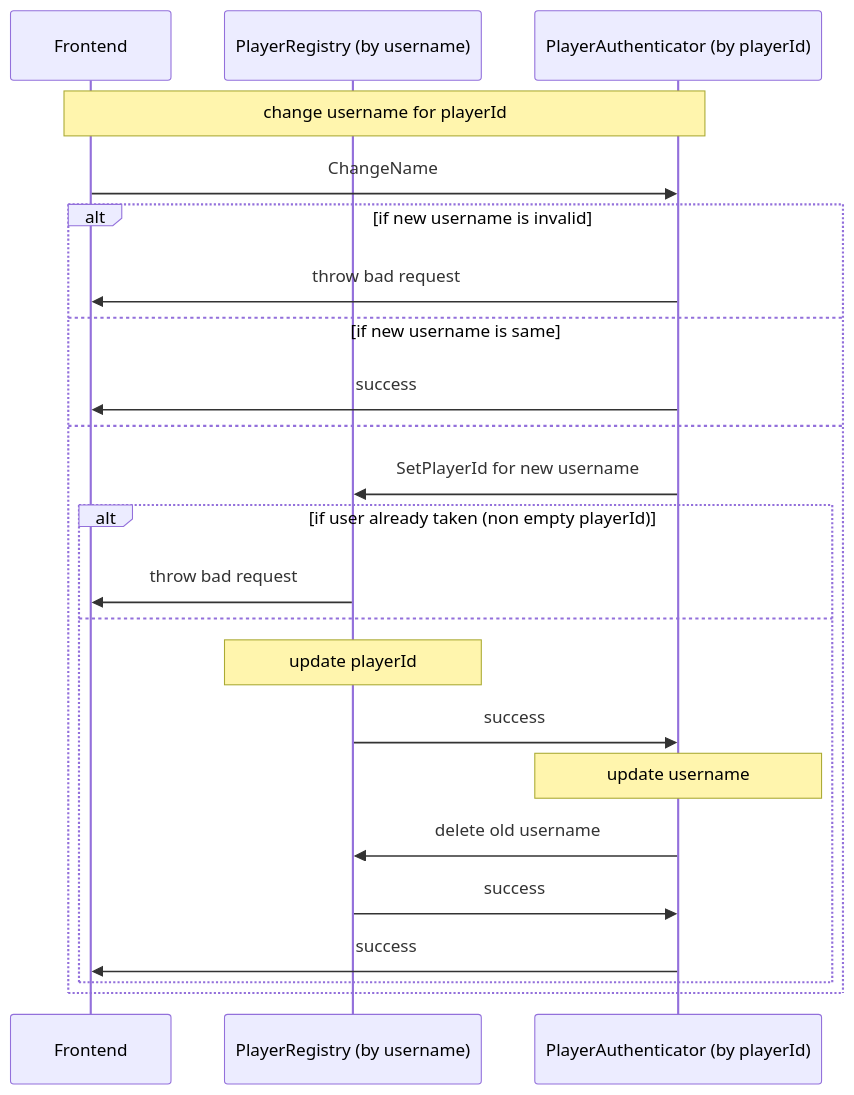
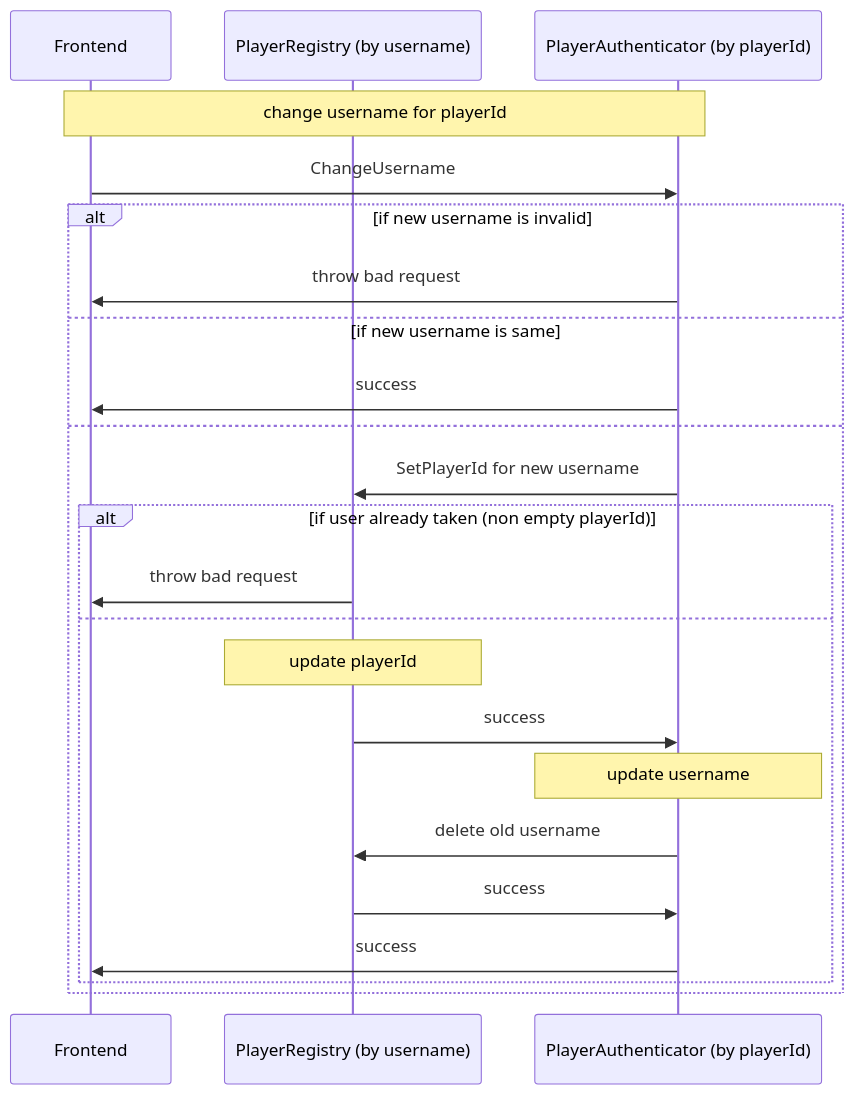
The diagram in orl/Actor.GameHub.Identity.Abstractions/doc/change-username.mmd (flensrocker/Actor.GameHub), drawn with Mermaid before and after one commit. The commit also changed 6 other files, not shown here.

```diff
--- a/orl/Actor.GameHub.Identity.Abstractions/doc/change-username.mmd
+++ b/orl/Actor.GameHub.Identity.Abstractions/doc/change-username.mmd
@@ -1,24 +1,24 @@
 sequenceDiagram
   participant f as Frontend
   participant pr as PlayerRegistry (by username)
   participant pa as PlayerAuthenticator (by playerId)
 
   Note over f,pa:change username for playerId
-  f->>pa:ChangeName
+  f->>pa:ChangeUsername
   alt if new username is invalid
     pa->>f:throw bad request
   else if new username is same
     pa->>f:success
   else
     pa->>pr:SetPlayerId for new username
     alt if user already taken (non empty playerId)
       pr->>f:throw bad request
     else
       Note over pr:update playerId
       pr->>pa:success
       Note over pa:update username
       pa->>pr:delete old username
       pr->>pa:success
       pa->>f:success
     end
   end
```
